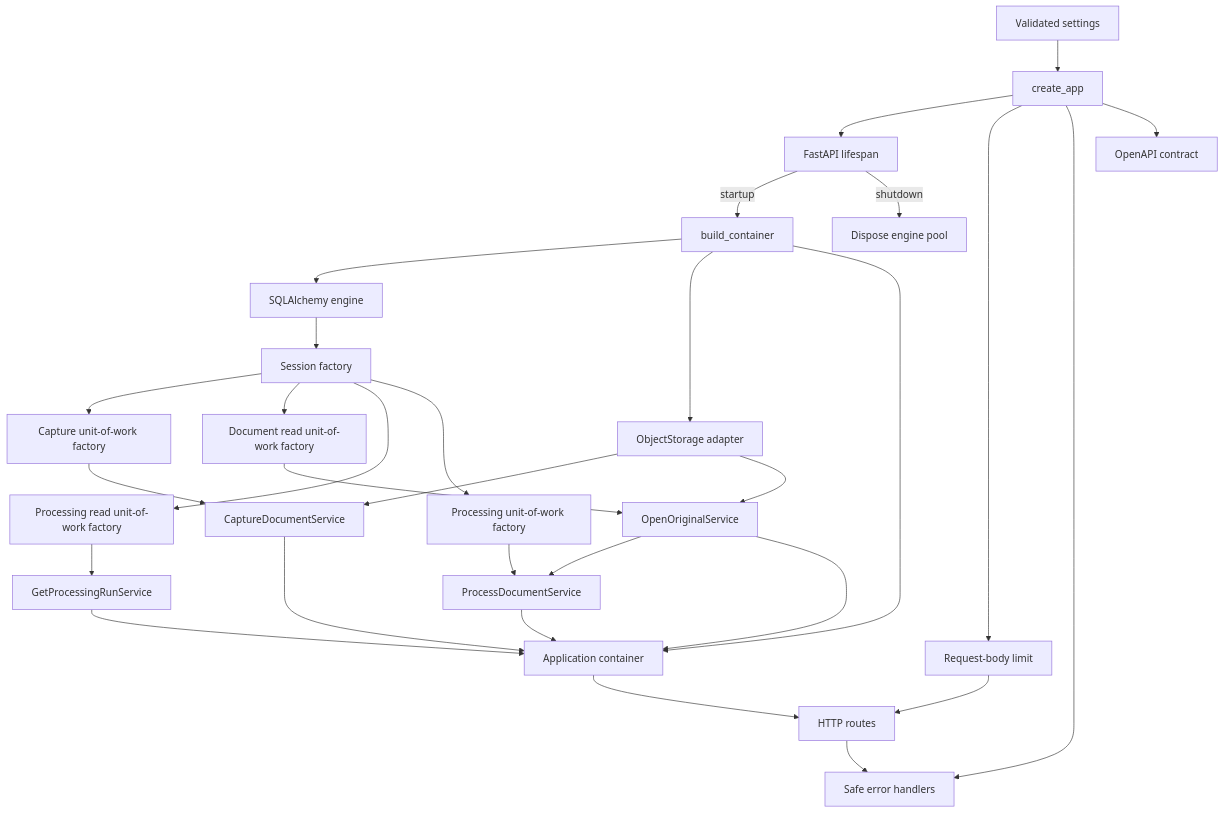
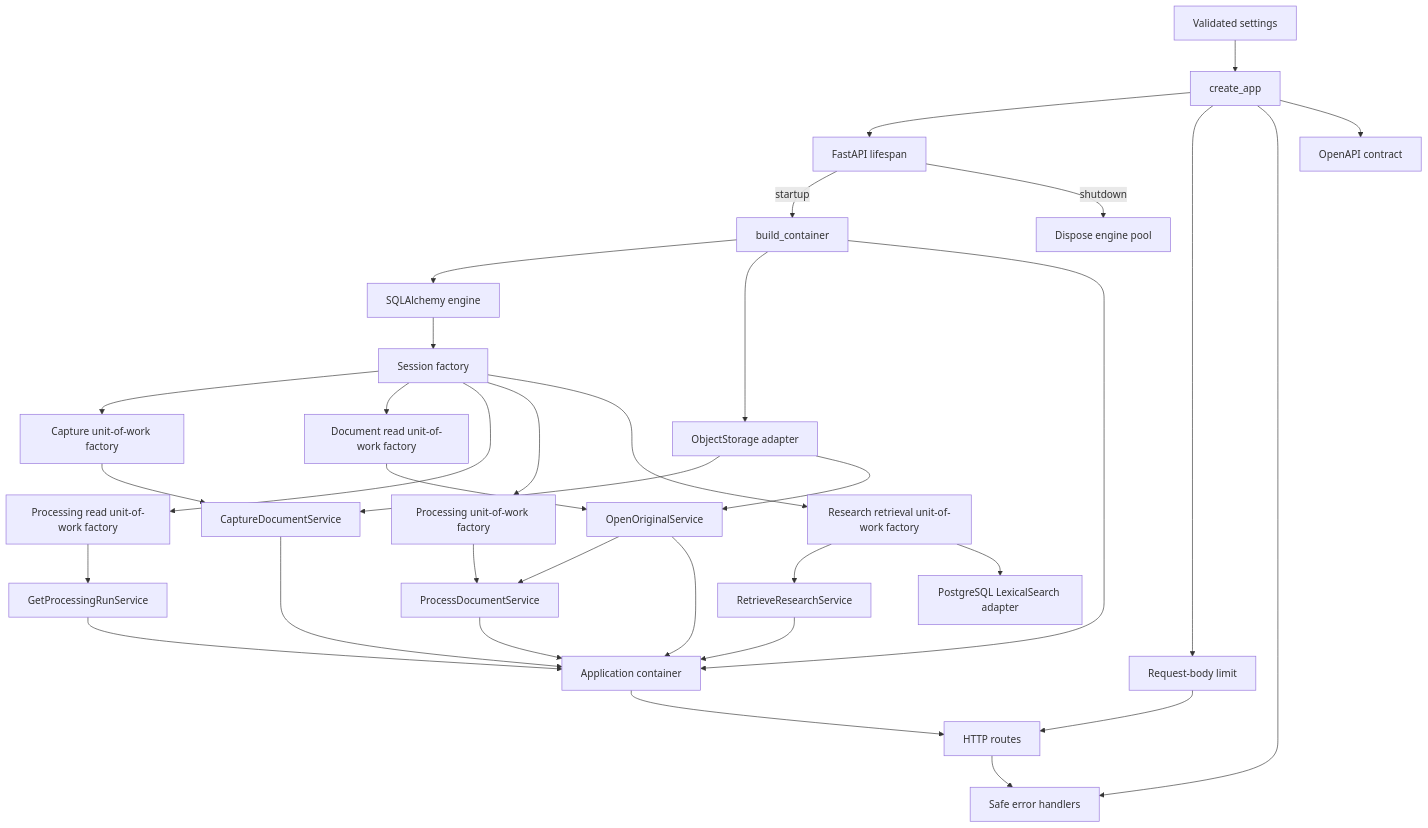
The first of 2 diagrams in backend/src/investment_research/README.md (rnkraus/investment-research), drawn with Mermaid before and after one commit. The commit also changed other lines of this file and 12 other files, not shown here.

Commit message:
feat(research): orchestrate atomic lexical retrieval

````diff
--- a/backend/src/investment_research/README.md
+++ b/backend/src/investment_research/README.md
@@ -19,32 +19,36 @@
 ```mermaid
 flowchart TD
     SETTINGS[Validated settings] --> MAIN[create_app]
     MAIN --> LIFE[FastAPI lifespan]
     LIFE -->|startup| BOOT[build_container]
     BOOT --> ENGINE[SQLAlchemy engine]
     ENGINE --> SESSIONS[Session factory]
     SESSIONS --> CAPTUREUOW[Capture unit-of-work factory]
     SESSIONS --> READUOW[Document read unit-of-work factory]
     SESSIONS --> STATUSUOW[Processing read unit-of-work factory]
     SESSIONS --> PROCESSUOW[Processing unit-of-work factory]
+    SESSIONS --> RETRIEVALUOW[Research retrieval unit-of-work factory]
     BOOT --> STORAGE[ObjectStorage adapter]
     CAPTUREUOW --> CAPTURE[CaptureDocumentService]
     READUOW --> ORIGINAL[OpenOriginalService]
     STATUSUOW --> STATUS[GetProcessingRunService]
     PROCESSUOW --> PROCESS[ProcessDocumentService]
+    RETRIEVALUOW --> RETRIEVE[RetrieveResearchService]
+    RETRIEVALUOW --> LEXICAL[PostgreSQL LexicalSearch adapter]
     STORAGE --> CAPTURE
     STORAGE --> ORIGINAL
     ORIGINAL --> PROCESS
     BOOT --> STATE[Application container]
     CAPTURE --> STATE
     ORIGINAL --> STATE
     STATUS --> STATE
     PROCESS --> STATE
+    RETRIEVE --> STATE
     MAIN --> LIMIT[Request-body limit]
     LIMIT --> ROUTES[HTTP routes]
     MAIN --> ERRORS[Safe error handlers]
     MAIN --> OPENAPI[OpenAPI contract]
     STATE --> ROUTES
     ROUTES --> ERRORS
     LIFE -->|shutdown| CLOSE[Dispose engine pool]
 ```
````
